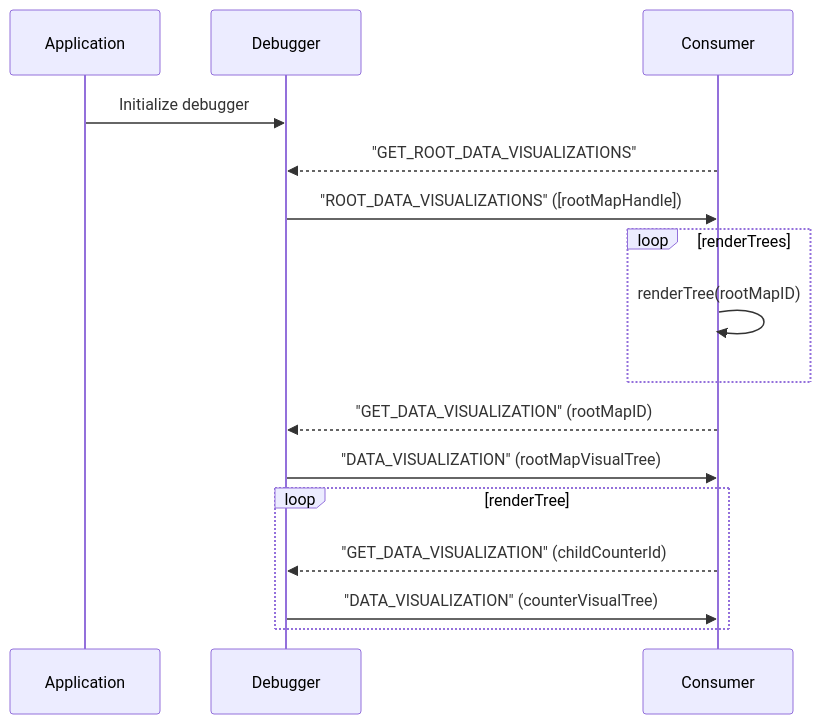
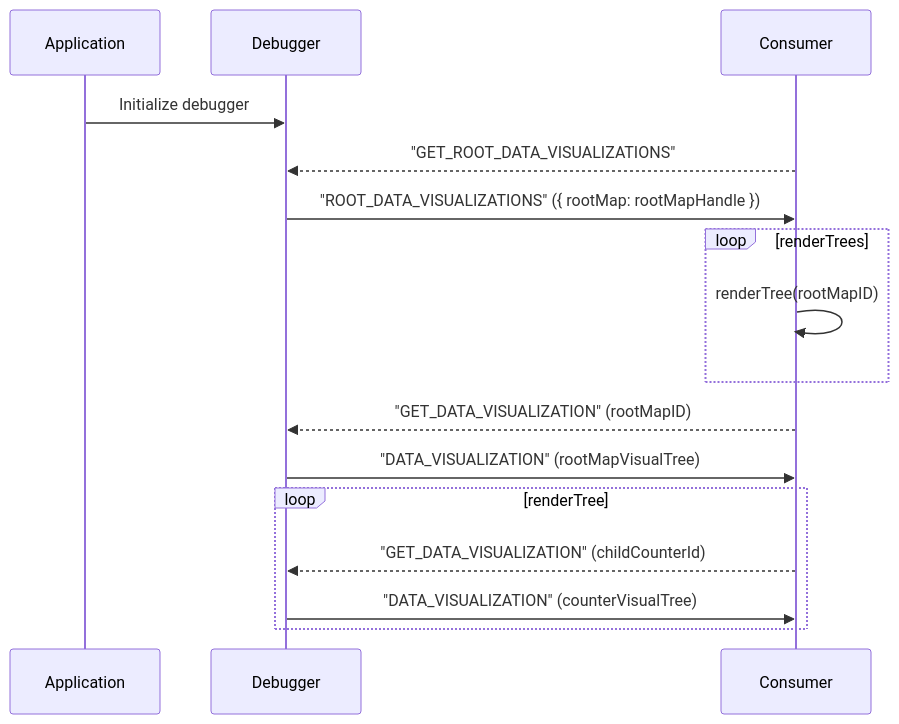
The second of 2 diagrams in packages/tools/client-debugger/client-debugger/src/data-visualization/Overview.md (microsoft/FluidFramework), drawn with Mermaid before and after one commit. The commit also changed other lines of this file, not shown here.

Commit message:
docs: Update overview diagrams to match new type signatures

````diff
--- a/packages/tools/client-debugger/client-debugger/src/data-visualization/Overview.md
+++ b/packages/tools/client-debugger/client-debugger/src/data-visualization/Overview.md
@@ -77,19 +77,19 @@
 ```mermaid
 sequenceDiagram
 participant Application
 participant Debugger
 participant Consumer
 
 Application->>Debugger: Initialize debugger
 Consumer-->>Debugger: "GET_ROOT_DATA_VISUALIZATIONS"
-Debugger->>Consumer: "ROOT_DATA_VISUALIZATIONS" ([rootMapHandle])
+Debugger->>Consumer: "ROOT_DATA_VISUALIZATIONS" ({ rootMap: rootMapHandle })
 loop renderTrees
 	Consumer->>Consumer: renderTree(rootMapID)
 end
 Consumer-->>Debugger: "GET_DATA_VISUALIZATION" (rootMapID)
 Debugger->>Consumer: "DATA_VISUALIZATION" (rootMapVisualTree)
 loop renderTree
 	Consumer-->>Debugger: "GET_DATA_VISUALIZATION" (childCounterId)
 	Debugger->>Consumer: "DATA_VISUALIZATION" (counterVisualTree)
 end
 ```
````
